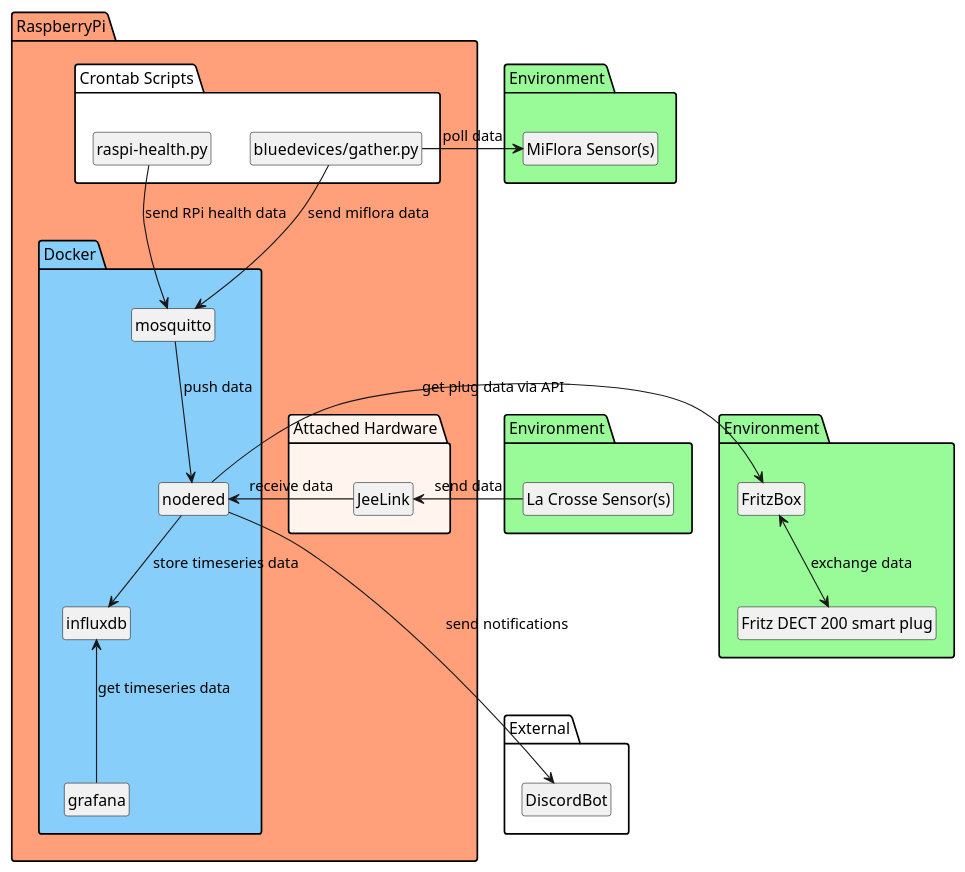
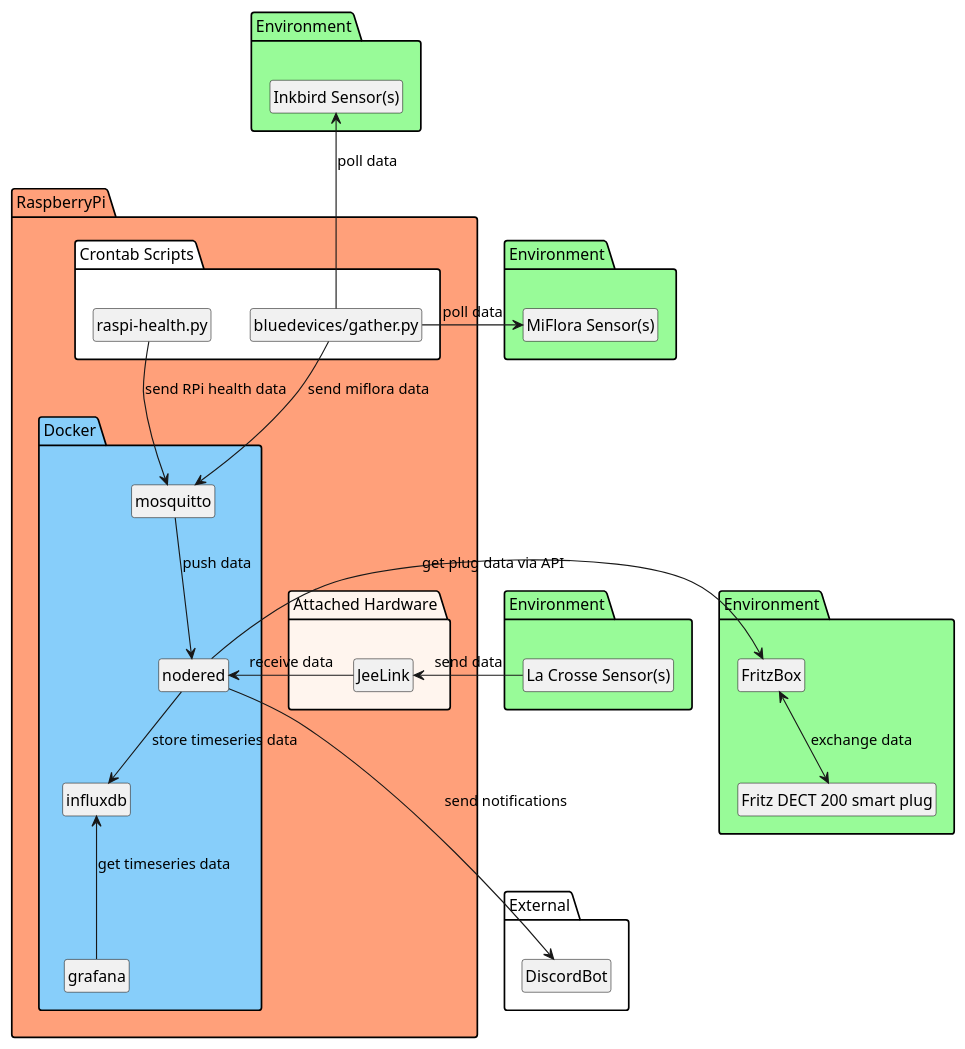
One commit to dArignac/smarthome changed the diagram in overview.puml. Above: the diagram before and after it, drawn with PlantUML. The commit also changed 6 other files, not shown here.

Commit message:
updated flows and documentation

```diff
--- a/overview.puml
+++ b/overview.puml
@@ -1,69 +1,74 @@
 @startuml
 skinparam shadowing false
 
 skinparam package {
   BackgroundColor white
   BorderColor black
   FontStyle italic bold
 
   BackgroundColor<<Environment>> PaleGreen
   BackgroundColor<<RaspberryPi>> LightSalmon
   BackgroundColor<<Hardware>> SeaShell
   BackgroundColor<<Docker>> LightSkyBlue
 }
 
 hide members
 hide circle
 hide stereotype
 
 package "Environment" as E1 <<Environment>> {
   class "La Crosse Sensor(s)" as sensorLacrosse
 }
 
 package "Environment" as E2 <<Environment>> {
   class "MiFlora Sensor(s)" as sensorMiflora
 }
 
 package "Environment" as E3 <<Environment>> {
   class "FritzBox" as fritzBox
   class "Fritz DECT 200 smart plug" as fritzPlug
   fritzPlug <-up-> fritzBox: exchange data
+}
+
+package "Environment" as E4 <<Environment>> {
+  class "Inkbird Sensor(s)" as sensorInkbird
 }
 
 package RaspberryPi <<RaspberryPi>> {
   package "Attached Hardware" <<Hardware>> {
     class "JeeLink" as jeelink
   }
 
   package Docker <<Docker>> {
     class nodered
     class grafana
     class influxdb
     class mosquitto
 
     mosquitto -down-> nodered: push data
     nodered -down-> influxdb: store timeseries data
     grafana -up-> influxdb: get timeseries data
   }
 
   package "Crontab Scripts" {
     class "raspi-health.py" as scriptRaspiHealth
     class "bluedevices/gather.py" as scriptBlue
 
     scriptRaspiHealth -right[hidden]-> scriptBlue
   }
 
   scriptRaspiHealth -down-> mosquitto: send RPi health data
 }
 
 package "External" as Ex {
   class "DiscordBot" as discord
 }
 
 sensorLacrosse -left-> jeelink: send data
 jeelink -left-> nodered : receive data
 scriptBlue-right-> sensorMiflora: poll data
+scriptBlue-up-> sensorInkbird: poll data
 scriptBlue -down-> mosquitto: send miflora data
 nodered -down--> discord: send notifications
 nodered -right-> fritzBox: get plug data via API
 @enduml
```
